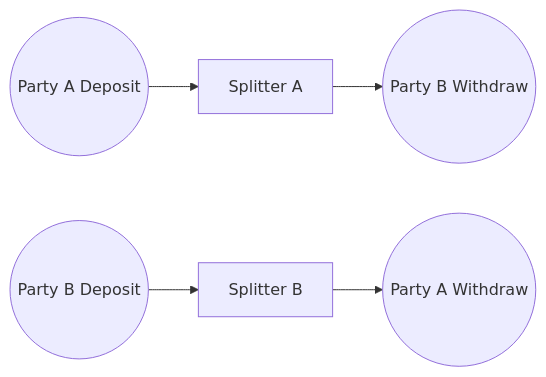
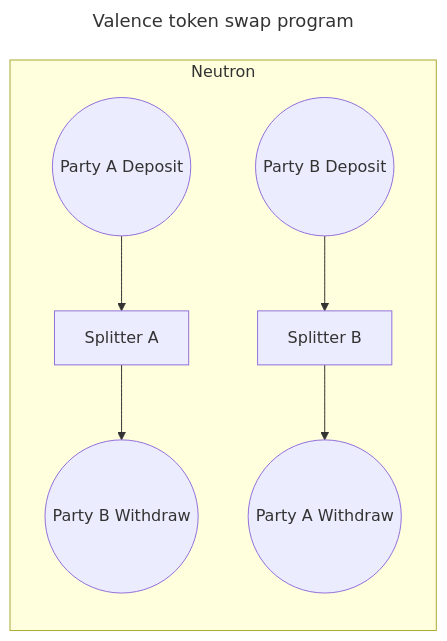
One commit to timewave-computer/valence-protocol changed the diagram in docs/src/examples/token_swap.md. Above: the diagram before and after it, drawn with Mermaid. The commit also changed other lines of this file, not shown here.

Commit message:
Token swap example program

````diff
--- a/docs/src/examples/token_swap.md
+++ b/docs/src/examples/token_swap.md
@@ -3,11 +5,16 @@
 ```mermaid
+---
+title: Valence token swap program
+---
 graph LR
 	InA((Party A Deposit))
 	InB((Party B Deposit))
 	OutA((Party A Withdraw))
 	OutB((Party B Withdraw))
 	SSA[Splitter A]
 	SSB[Splitter B]
+	subgraph Neutron
 	InA --> SSA --> OutB
 	InB --> SSB --> OutA
+	end
 ```
````
